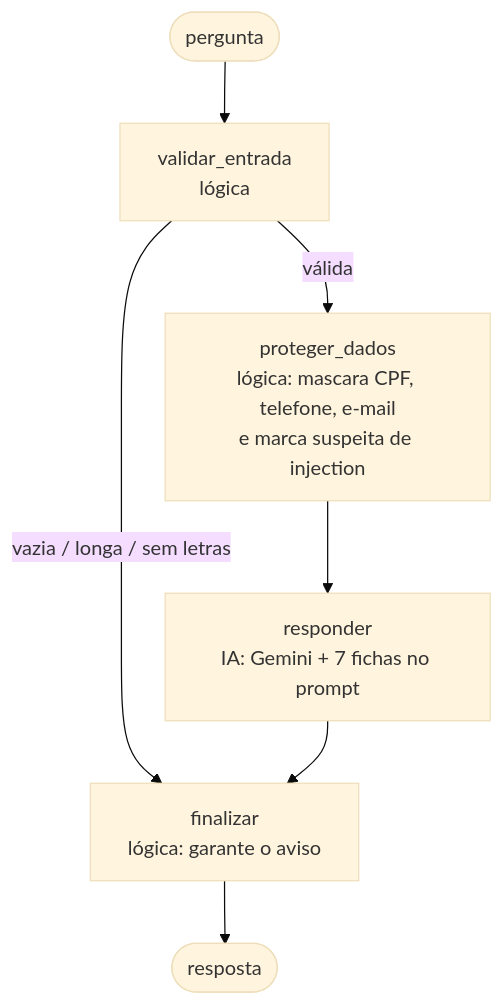
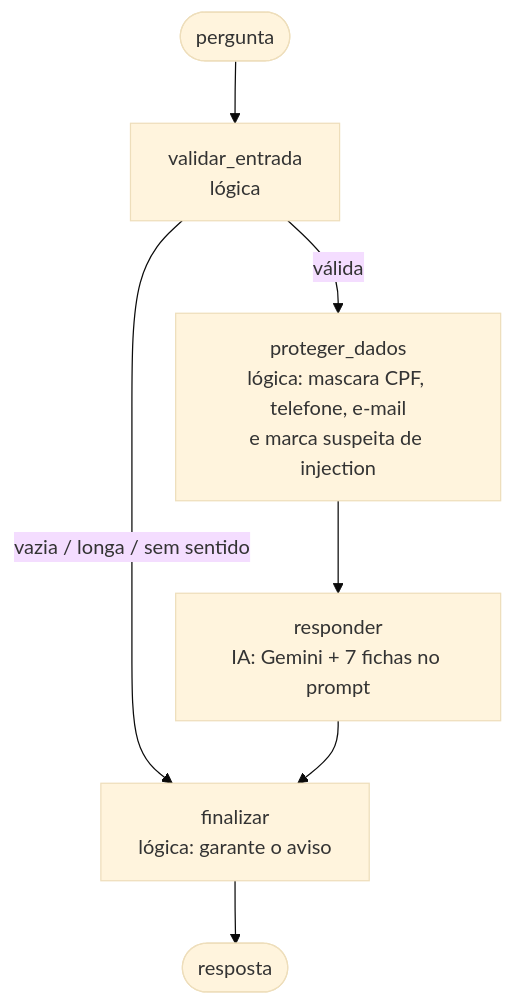
Before and after one commit to GabrielsouzaCC/GS-2-Prompt-and-Artificial-Intelligence: the diagram in README.md, drawn with Mermaid (base theme). The commit also changed 1 other file, not shown here.

Commit message:
V2 trata mensagem sem sentido com lógica em vez de só no prompt
A regra no prompt não resolveu o item 21 (empate 25/26 na rodada intermediária).
Agora validar_entrada usa um vocabulário das fichas + palavras comuns.

Claude-Session: https://claude.ai/code/session_01SgMchfzjoQriDy685dW6jB

````diff
--- a/README.md
+++ b/README.md
@@ -29,9 +29,9 @@
 ```mermaid
 graph TD
     A([pergunta]) --> B[validar_entrada<br/>lógica]
-    B -- vazia / longa / sem letras --> E[finalizar<br/>lógica: garante o aviso]
+    B -- vazia / longa / sem sentido --> E[finalizar<br/>lógica: garante o aviso]
     B -- válida --> C[proteger_dados<br/>lógica: mascara CPF, telefone, e-mail<br/>e marca suspeita de injection]
     C --> D[responder<br/>IA: Gemini + 7 fichas no prompt]
     D --> E
     E --> F([resposta])
 ```
````
